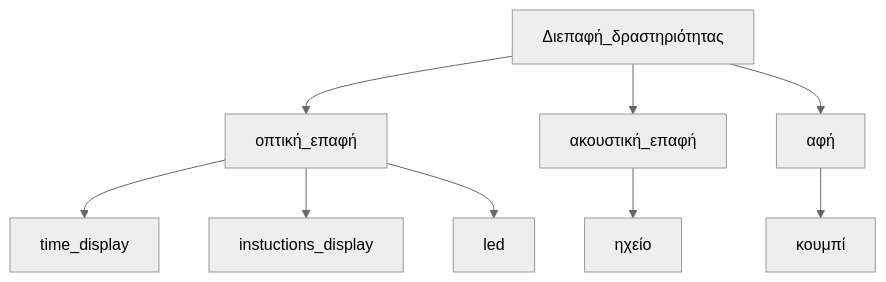
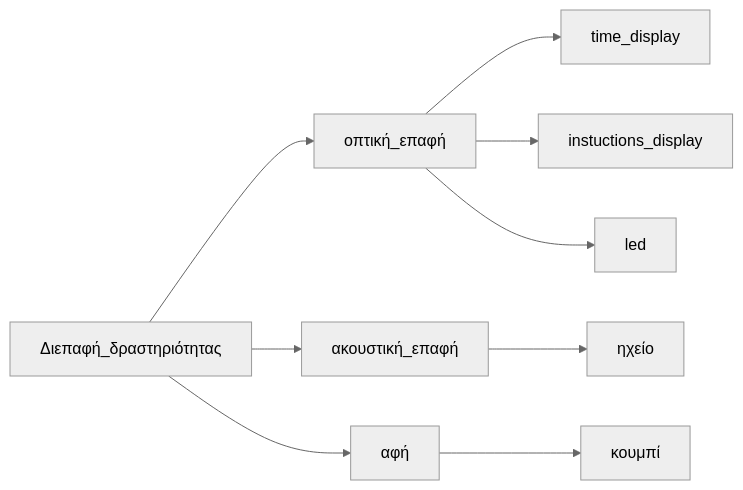
The fourth of 4 diagrams in our_report/README.md (Ebabouraki/Interaction-Design-Project-Assignment), drawn with Mermaid (neutral theme) before and after one commit.

````diff
--- a/our_report/README.md
+++ b/our_report/README.md
@@ -240,12 +240,12 @@
 ```mermaid
-  graph TD;
+  graph LR;
        Διεπαφή_δραστηριότητας --> οπτική_επαφή;
         Διεπαφή_δραστηριότητας --> ακουστική_επαφή;
          Διεπαφή_δραστηριότητας --> αφή;
       οπτική_επαφή --> time_display;
       οπτική_επαφή --> instuctions_display;
       οπτική_επαφή -->led;
       ακουστική_επαφή --> ηχείο;
       αφή --> κουμπί;
       
 ```
````
